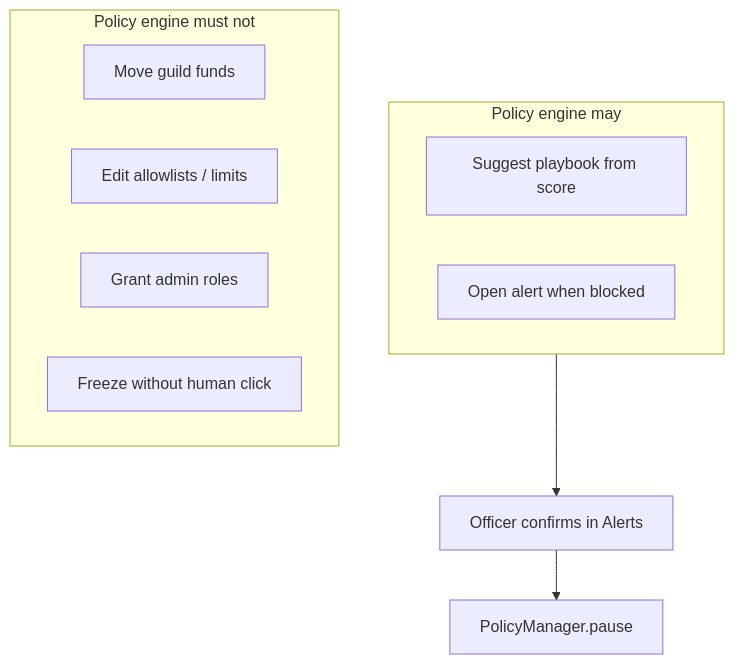
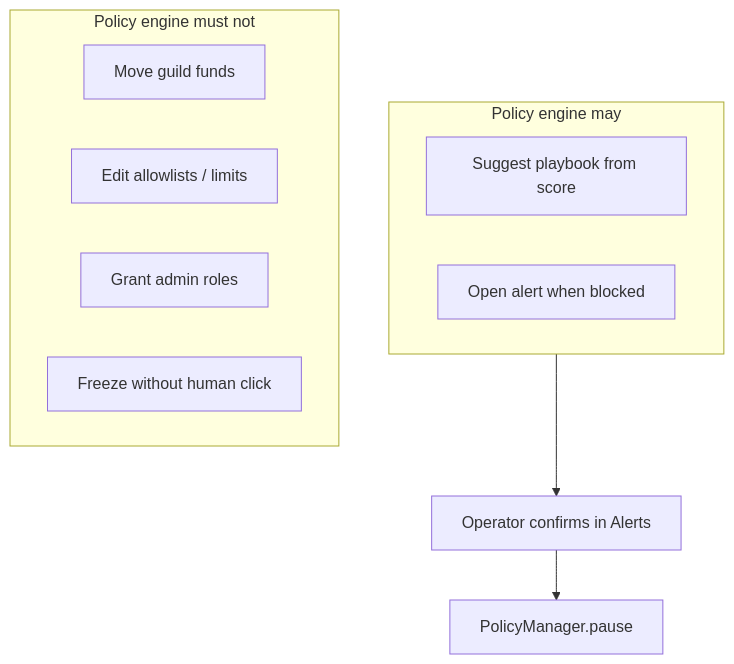
The seventh of 7 diagrams in docs/architecture.md (thesithunyein/arb-guardian), drawn with Mermaid before and after one commit. The commit also changed other lines of this file and 12 other files, not shown here.

````diff
--- a/docs/architecture.md
+++ b/docs/architecture.md
@@ -262,17 +262,17 @@
 ```mermaid
 flowchart TB
   subgraph Allowed["Policy engine may"]
     A1[Suggest playbook from score]
     A2[Open alert when blocked]
   end
 
   subgraph Denied["Policy engine must not"]
     D1[Move guild funds]
     D2[Edit allowlists / limits]
     D3[Grant admin roles]
     D4[Freeze without human click]
   end
 
-  Allowed --> Human[Officer confirms in Alerts]
+  Allowed --> Human[Operator confirms in Alerts]
   Human --> Pause[PolicyManager.pause]
 ```
````
